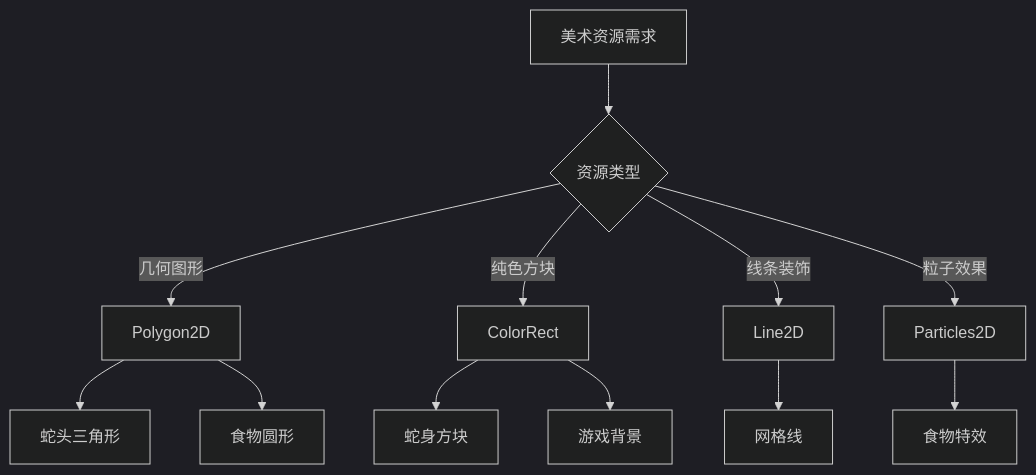
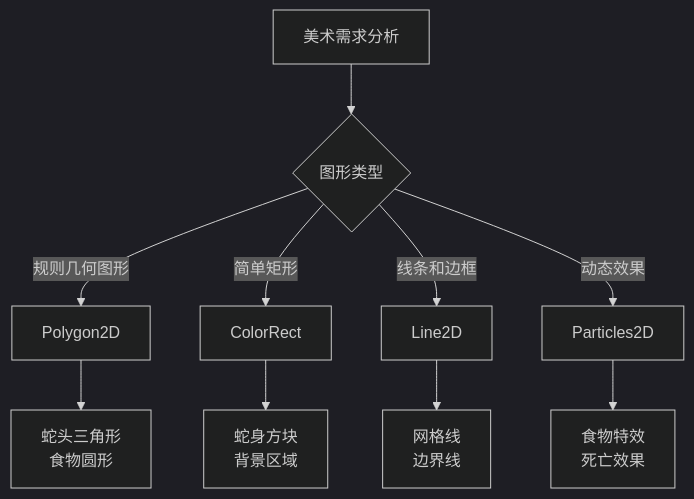
The first of 9 diagrams in 课时2-核心游戏逻辑实现/README.md (youjing-mz/snake), drawn with Mermaid (dark theme) before and after one commit. The commit also changed other lines of this file and 8 other files, not shown here.

````diff
--- a/课时2-核心游戏逻辑实现/README.md
+++ b/课时2-核心游戏逻辑实现/README.md
@@ -14,15 +22,13 @@
 ```mermaid
 graph TD
-    A[美术资源需求] --> B{资源类型}
-    B -->|几何图形| C[Polygon2D]
-    B -->|纯色方块| D[ColorRect]
-    B -->|线条装饰| E[Line2D]
-    B -->|粒子效果| F[Particles2D]
+    A[美术需求分析] --> B{图形类型}
+    B -->|规则几何图形| C[Polygon2D]
+    B -->|简单矩形| D[ColorRect]
+    B -->|线条和边框| E[Line2D]
+    B -->|动态效果| F[Particles2D]
     
-    C --> G[蛇头三角形]
-    C --> H[食物圆形]
-    D --> I[蛇身方块]
-    D --> J[游戏背景]
-    E --> K[网格线]
-    F --> L[食物特效]
+    C --> G[蛇头三角形<br/>食物圆形]
+    D --> H[蛇身方块<br/>背景区域]
+    E --> I[网格线<br/>边界线]
+    F --> J[食物特效<br/>死亡效果]
 ```
````
